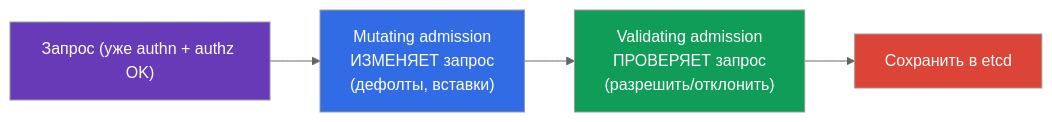
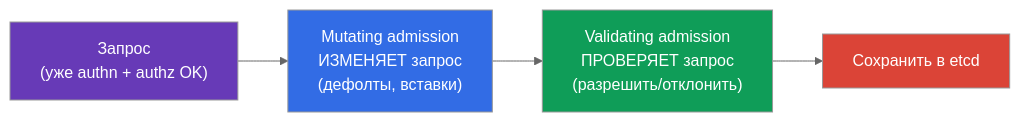
The sixth of 7 diagrams in tasks/cka/course/21/ru.md (ViktorUJ/cks), drawn with Mermaid (neutral theme) before and after one commit. The commit also changed other lines of this file, not shown here.

````diff
--- a/tasks/cka/course/21/ru.md
+++ b/tasks/cka/course/21/ru.md
@@ -163,10 +323,10 @@
 ```mermaid
 flowchart LR
-    req["Запрос (уже authn + authz OK)"] --> mut["Mutating admission<br>ИЗМЕНЯЕТ запрос<br>(дефолты, вставки)"]
+    req["Запрос<br>(уже authn + authz OK)"] --> mut["Mutating admission<br>ИЗМЕНЯЕТ запрос<br>(дефолты, вставки)"]
     mut --> val["Validating admission<br>ПРОВЕРЯЕТ запрос<br>(разрешить/отклонить)"]
     val --> save["Сохранить в etcd"]
     style req fill:#673ab7,color:#fff
     style mut fill:#326ce5,color:#fff
     style val fill:#0f9d58,color:#fff
     style save fill:#db4437,color:#fff
 ```
````
